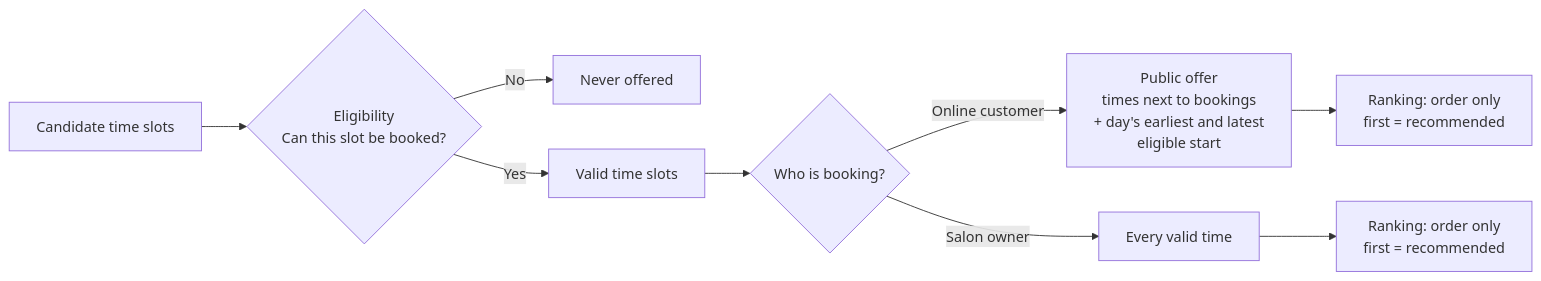
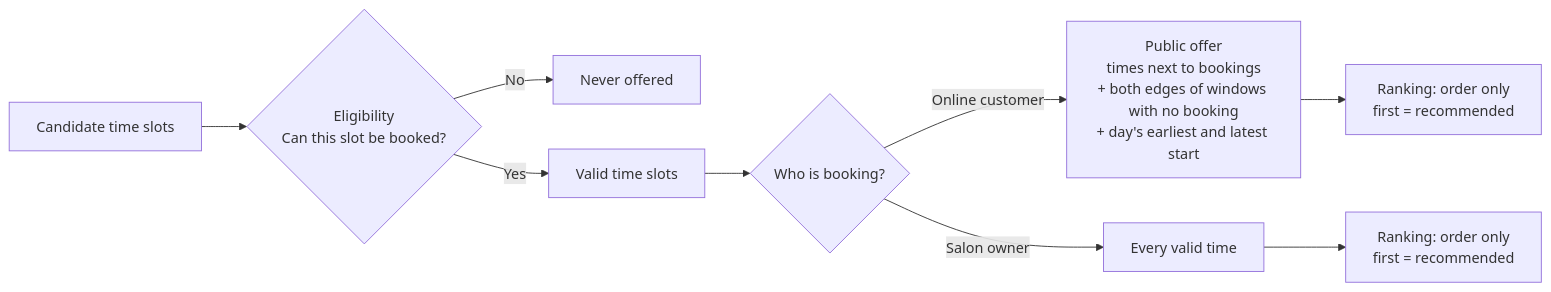
Before and after one commit to N0vocaine/timbra-qa-portfolio: the first of 2 diagrams in docs/product/magnetic-booking.md, drawn with Mermaid. The commit also changed other lines of this file and 21 other files, not shown here.

````diff
--- a/docs/product/magnetic-booking.md
+++ b/docs/product/magnetic-booking.md
@@ -17,11 +17,11 @@
 ```mermaid
 flowchart LR
     A["Candidate time slots"] --> B{"Eligibility<br/>Can this slot be booked?"}
     B -- "No" --> X["Never offered"]
     B -- "Yes" --> C["Valid time slots"]
     C --> D{"Who is booking?"}
-    D -- "Online customer" --> E["Public offer<br/>times next to bookings<br/>+ day's earliest and latest<br/>eligible start"]
+    D -- "Online customer" --> E["Public offer<br/>times next to bookings<br/>+ both edges of windows with no booking<br/>+ day's earliest and latest start"]
     D -- "Salon owner" --> F["Every valid time"]
     E --> R1["Ranking: order only<br/>first = recommended"]
     F --> R2["Ranking: order only<br/>first = recommended"]
 ```
````
